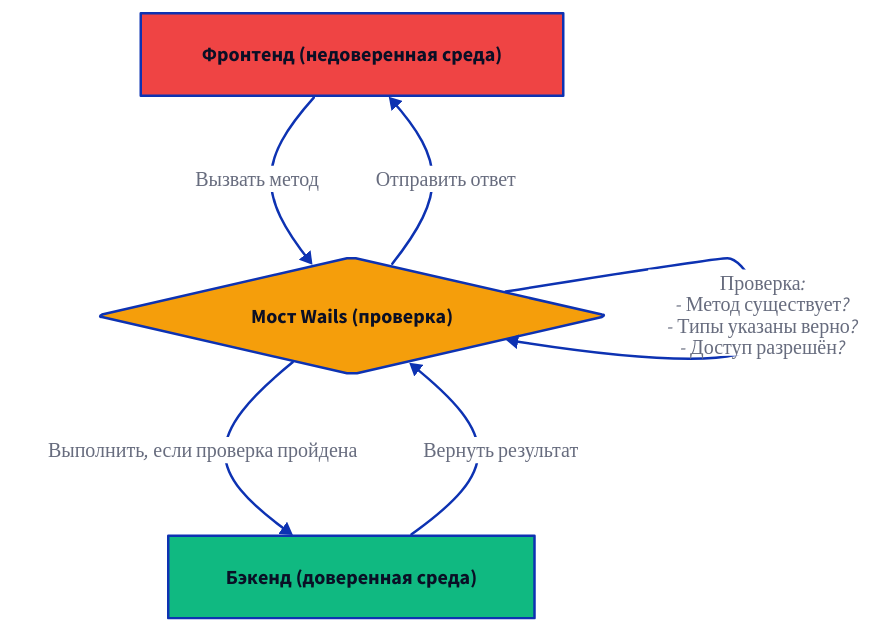
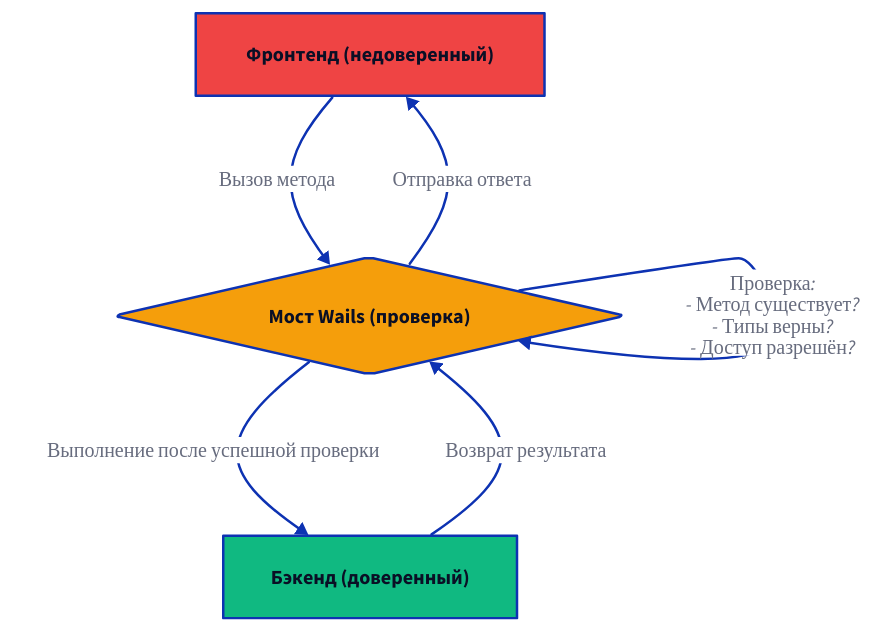
Before and after one commit to wailsapp/wails: the eighth of 8 diagrams in docs/mpress/content/ru/concepts/architecture.md, drawn with D2. The commit also changed other lines of this file and 1096 other files, not shown here.

````diff
--- a/docs/mpress/content/ru/concepts/architecture.md
+++ b/docs/mpress/content/ru/concepts/architecture.md
@@ -559,24 +559,24 @@
 ```d2
 direction: down
 
-Frontend: Фронтенд (недоверенная среда) {
+Frontend: Фронтенд (недоверенный) {
   shape: rectangle
   style.fill: "#EF4444"
 }
 
 Bridge: Мост Wails (проверка) {
   shape: diamond
   style.fill: "#F59E0B"
 }
 
-Backend: Бэкенд (доверенная среда) {
+Backend: Бэкенд (доверенный) {
   shape: rectangle
   style.fill: "#10B981"
 }
 
-Frontend -> Bridge: Вызвать метод
-Bridge -> Bridge: "Проверка:\n- Метод существует?\n- Типы указаны верно?\n- Доступ разрешён?"
-Bridge -> Backend: Выполнить, если проверка пройдена
-Backend -> Bridge: Вернуть результат
-Bridge -> Frontend: Отправить ответ
+Frontend -> Bridge: Вызов метода
+Bridge -> Bridge: "Проверка:\n- Метод существует?\n- Типы верны?\n- Доступ разрешён?"
+Bridge -> Backend: Выполнение после успешной проверки
+Backend -> Bridge: Возврат результата
+Bridge -> Frontend: Отправка ответа
 ```
````
